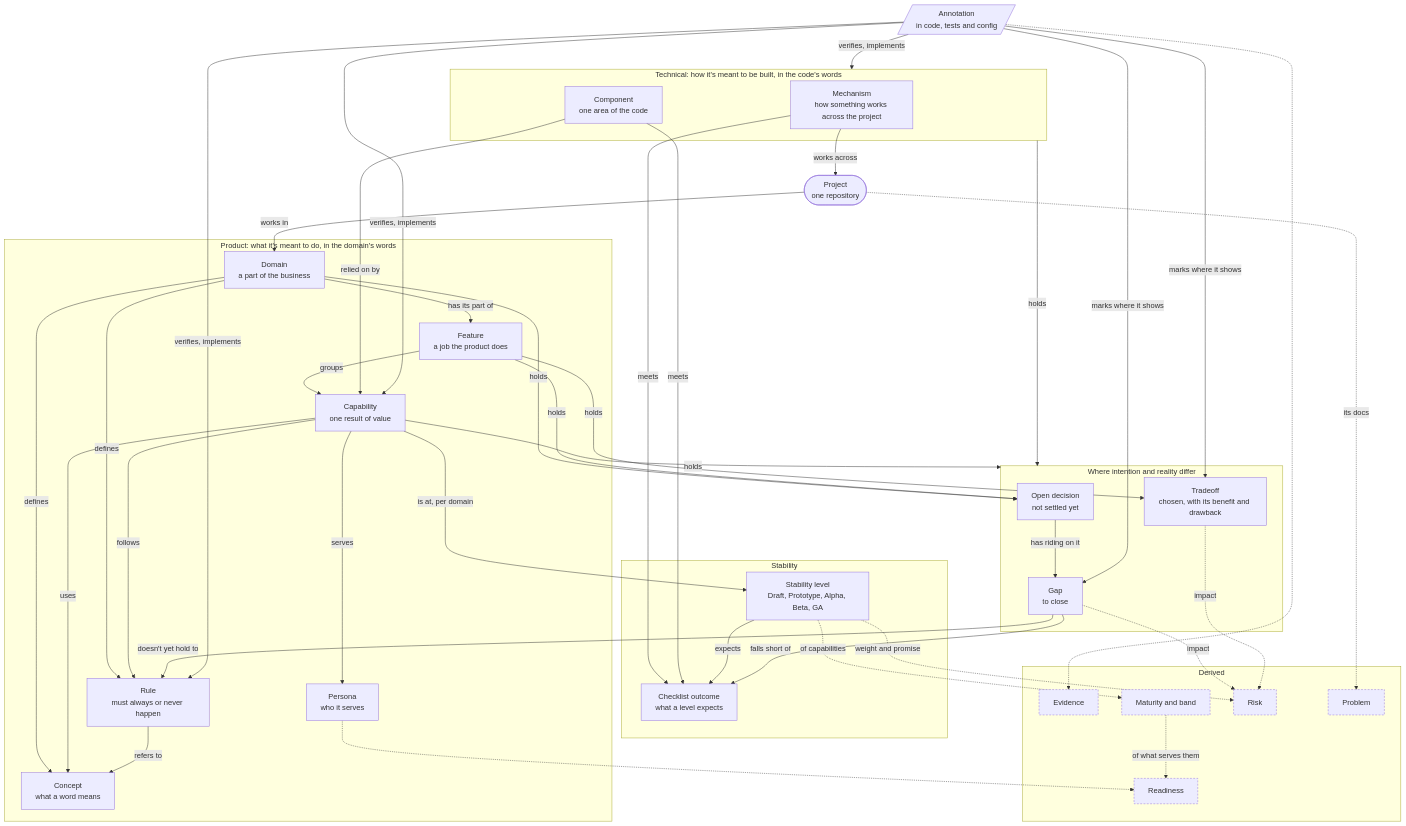
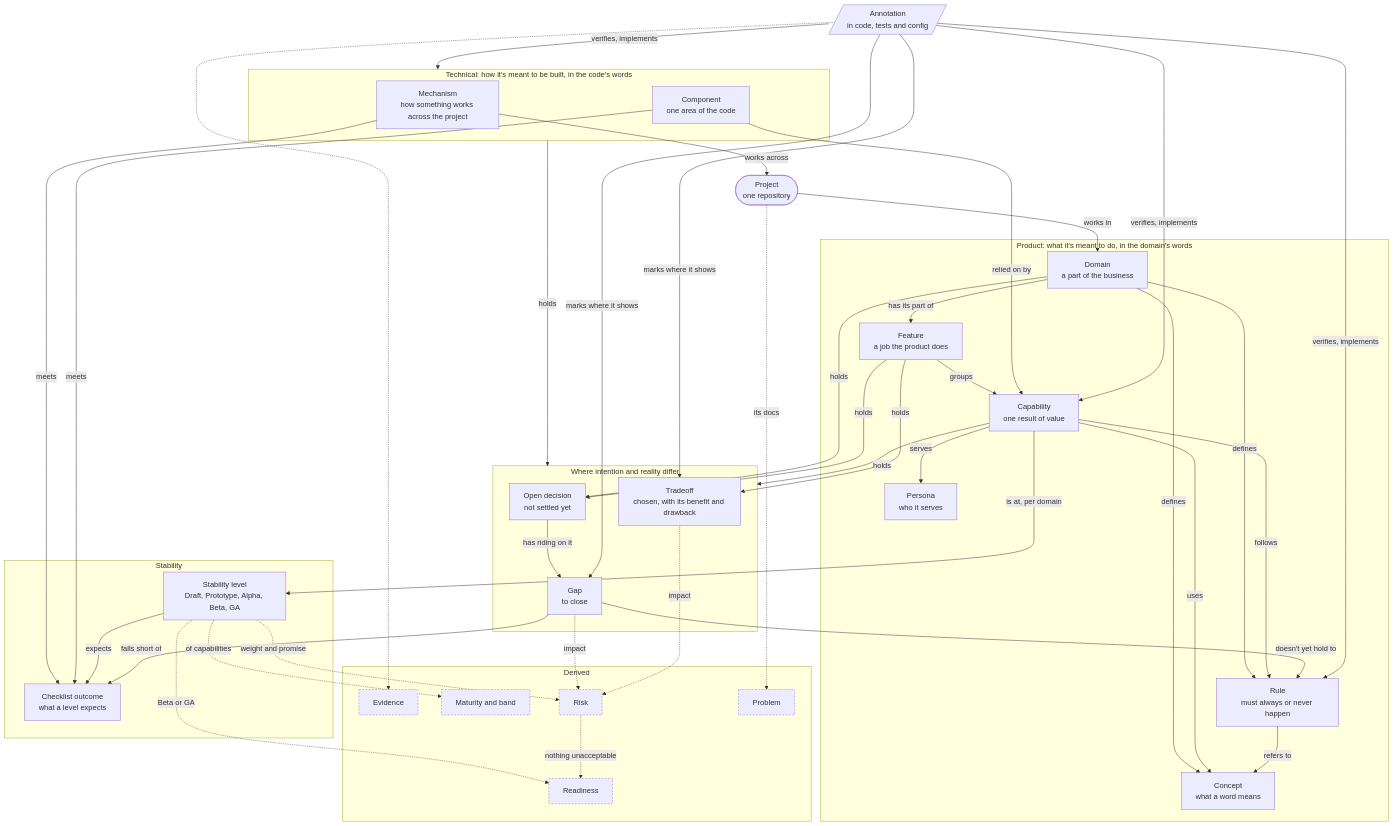
The diagram in docs/domain/overview.md (docqet/docqet), drawn with Mermaid before and after one commit. The commit also changed other lines of this file and 37 other files, not shown here.

First line of the commit message:
Make readiness whether something is ready to use, and work maturity out in readers

````diff
--- a/docs/domain/overview.md
+++ b/docs/domain/overview.md
@@ -67,78 +71,78 @@
 ```mermaid
 flowchart TB
   project(["Project<br/>one repository"])
 
   subgraph product ["Product: what it's meant to do, in the domain's words"]
     domain["Domain<br/>a part of the business"]
     feature["Feature<br/>a job the product does"]
     capability["Capability<br/>one result of value"]
     persona["Persona<br/>who it serves"]
     rule["Rule<br/>must always or never happen"]
     concept["Concept<br/>what a word means"]
   end
 
   subgraph technical ["Technical: how it's meant to be built, in the code's words"]
     mechanism["Mechanism<br/>how something works across the project"]
     component["Component<br/>one area of the code"]
   end
 
   subgraph differ ["Where intention and reality differ"]
     decision["Open decision<br/>not settled yet"]
     gap["Gap<br/>to close"]
     tradeoff["Tradeoff<br/>chosen, with its benefit and drawback"]
   end
 
   subgraph stability ["Stability"]
     level["Stability level<br/>Draft, Prototype, Alpha, Beta, GA"]
     outcome["Checklist outcome<br/>what a level expects"]
   end
 
   annotation[/"Annotation<br/>in code, tests and config"/]
 
   subgraph derived ["Derived"]
     evidence["Evidence"]
     maturity["Maturity and band"]
     readiness["Readiness"]
     risk["Risk"]
     problem["Problem"]
   end
 
   project -- "works in" --> domain
   domain -- "has its part of" --> feature
   domain -- "defines" --> rule & concept
   feature -- "groups" --> capability
   capability -- "serves" --> persona
   capability -- "follows" --> rule
   capability -- "uses" --> concept
   rule -- "refers to" --> concept
 
   component -- "relied on by" --> capability
   mechanism -- "works across" --> project
   mechanism & component -- "meets" --> outcome
 
   capability -- "is at, per domain" --> level
   level -- "expects" --> outcome
 
   domain -- "holds" --> decision
   feature -- "holds" --> decision & tradeoff
   capability -- "holds" --> differ
   technical -- "holds" --> differ
 
   gap -- "falls short of" --> outcome
   gap -- "doesn't yet hold to" --> rule
   decision -- "has riding on it" --> gap
 
   annotation -- "verifies, implements" --> rule & capability & technical
   annotation -- "marks where it shows" --> gap & tradeoff
 
   annotation -.-> evidence
-  level -. "of capabilities" .-> maturity
-  persona -.-> readiness
-  maturity -. "of what serves them" .-> readiness
   gap & tradeoff -. "impact" .-> risk
   level -. "weight and promise" .-> risk
+  level -. "of capabilities" .-> maturity
+  level -. "Beta or GA" .-> readiness
+  risk -. "nothing unacceptable" .-> readiness
   project -. "its docs" .-> problem
 
   classDef derivedNode stroke-dasharray: 4 3
   class evidence,maturity,readiness,risk,problem derivedNode
 ```
````
